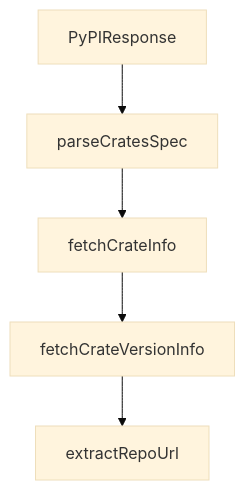
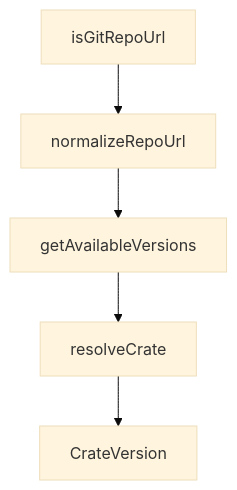
Before and after one commit to johnxie/awesome-code-docs: the diagram in tutorials/opensrc-tutorial/08-team-operations-and-governance.md, drawn with Mermaid (base theme). The commit also changed other lines of this file and 1232 other files, not shown here.

````diff
--- a/tutorials/opensrc-tutorial/08-team-operations-and-governance.md
+++ b/tutorials/opensrc-tutorial/08-team-operations-and-governance.md
@@ -209,12 +207,12 @@
 ```mermaid
 flowchart TD
-    A[PyPIResponse]
-    B[parseCratesSpec]
-    C[fetchCrateInfo]
-    D[fetchCrateVersionInfo]
-    E[extractRepoUrl]
+    A[isGitRepoUrl]
+    B[normalizeRepoUrl]
+    C[getAvailableVersions]
+    D[resolveCrate]
+    E[CrateVersion]
     A --> B
     B --> C
     C --> D
     D --> E
 ```
````
